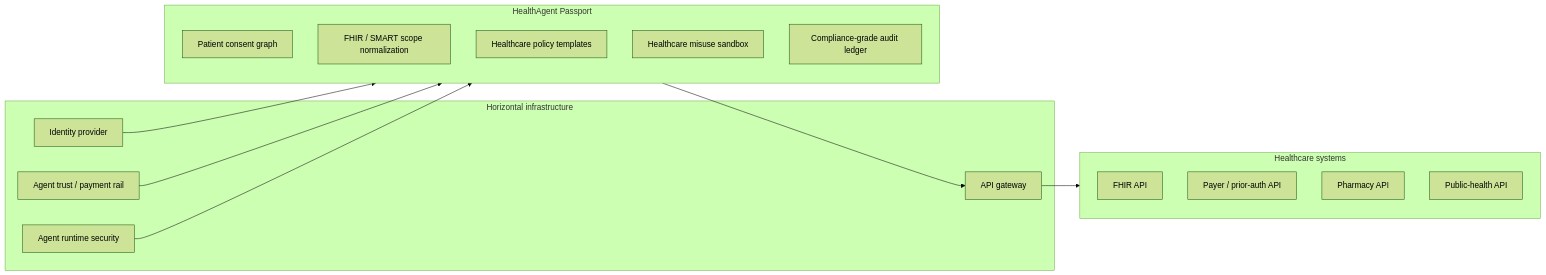
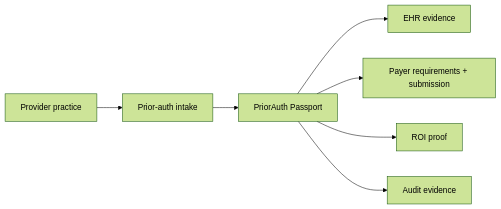
One commit to roshaninfordham/healthagentpassport changed the first of 2 diagrams in docs/market-positioning.md. Above: the diagram before and after it, drawn with Mermaid (forest theme). The commit also changed other lines of this file and 137 other files, not shown here.

Commit message:
Transform product into PriorAuth Passport

````diff
--- a/docs/market-positioning.md
+++ b/docs/market-positioning.md
@@ -54,30 +9,9 @@
 ```mermaid
 flowchart LR
-  subgraph Horizontal["Horizontal infrastructure"]
-    IAM[Identity provider]
-    AgentTrust[Agent trust / payment rail]
-    RuntimeSecurity[Agent runtime security]
-    TrafficGateway[API gateway]
-  end
-
-  subgraph HAP["HealthAgent Passport"]
-    Consent[Patient consent graph]
-    Scope[FHIR / SMART scope normalization]
-    Policy[Healthcare policy templates]
-    Sandbox[Healthcare misuse sandbox]
-    Audit[Compliance-grade audit ledger]
-  end
-
-  subgraph Healthcare["Healthcare systems"]
-    FHIR[FHIR API]
-    Payer[Payer / prior-auth API]
-    Pharmacy[Pharmacy API]
-    PublicHealth[Public-health API]
-  end
-
-  IAM --> HAP
-  AgentTrust --> HAP
-  RuntimeSecurity --> HAP
-  HAP --> TrafficGateway
-  TrafficGateway --> Healthcare
+  Practice[Provider practice] --> Intake[Prior-auth intake]
+  Intake --> Passport[PriorAuth Passport]
+  Passport --> EHR[EHR evidence]
+  Passport --> Payer[Payer requirements + submission]
+  Passport --> ROI[ROI proof]
+  Passport --> Audit[Audit evidence]
 ```
````
